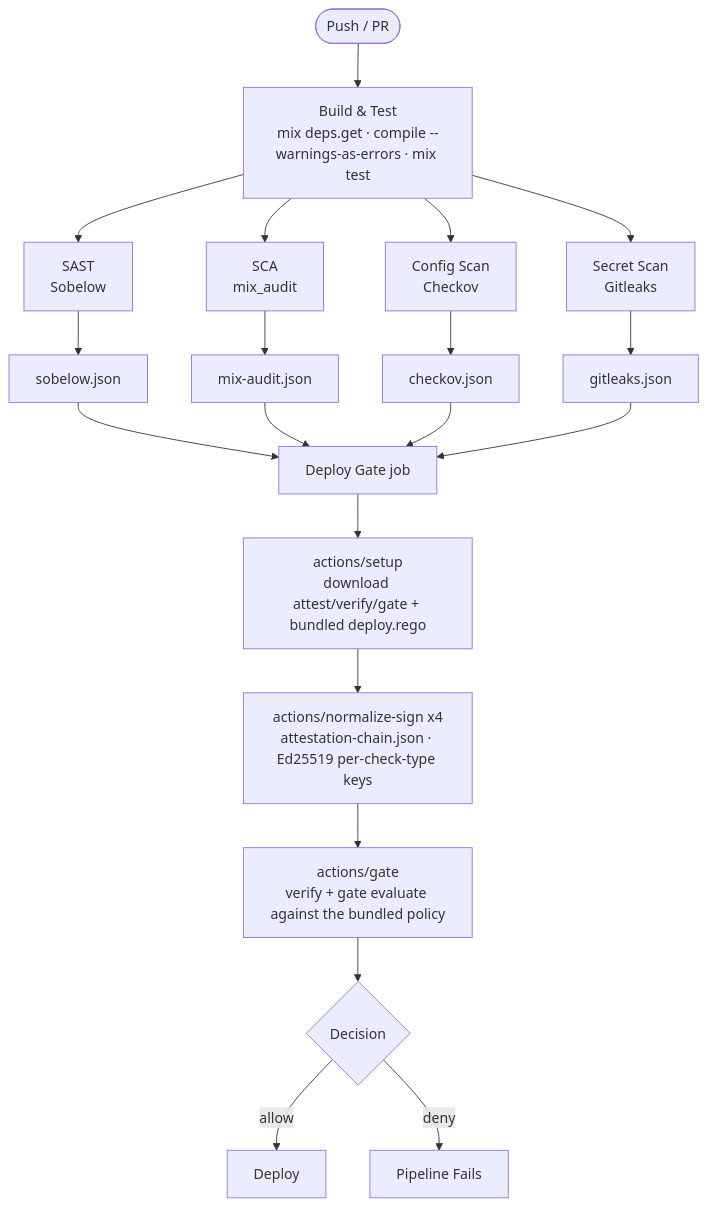
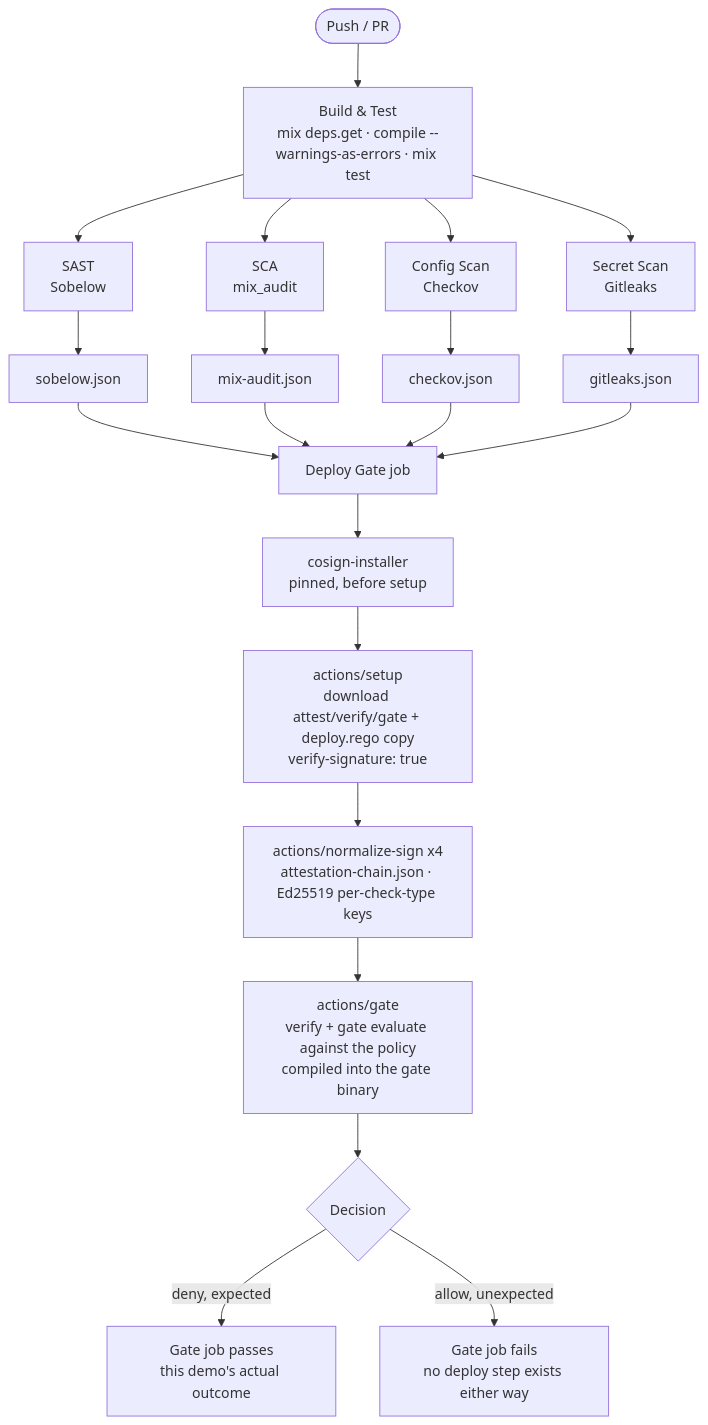
The first of 2 diagrams in README.md (MemerGamer/Phoenix-DevSecOps-Demo), drawn with Mermaid before and after one commit. The commit also changed other lines of this file and 3 other files, not shown here.

````diff
--- a/README.md
+++ b/README.md
@@ -24,19 +29,20 @@
 ```mermaid
 flowchart TD
     A([Push / PR]) --> B["Build & Test\nmix deps.get · compile --warnings-as-errors · mix test"]
     B --> C["SAST\nSobelow"]
     B --> D["SCA\nmix_audit"]
     B --> E["Config Scan\nCheckov"]
     B --> F["Secret Scan\nGitleaks"]
     C --> G[sobelow.json]
     D --> H[mix-audit.json]
     E --> I[checkov.json]
     F --> J[gitleaks.json]
     G & H & I & J --> K[Deploy Gate job]
-    K --> K1["actions/setup\ndownload attest/verify/gate + bundled deploy.rego"]
+    K --> K0["cosign-installer\npinned, before setup"]
+    K0 --> K1["actions/setup\ndownload attest/verify/gate + deploy.rego copy\nverify-signature: true"]
     K1 --> L["actions/normalize-sign x4\nattestation-chain.json · Ed25519 per-check-type keys"]
-    L --> M["actions/gate\nverify + gate evaluate against the bundled policy"]
+    L --> M["actions/gate\nverify + gate evaluate against the policy\ncompiled into the gate binary"]
     M --> N{Decision}
-    N -->|allow| O[Deploy]
-    N -->|deny| P[Pipeline Fails]
+    N -->|deny, expected| O[Gate job passes\nthis demo's actual outcome]
+    N -->|allow, unexpected| P[Gate job fails\nno deploy step exists either way]
 ```
````
